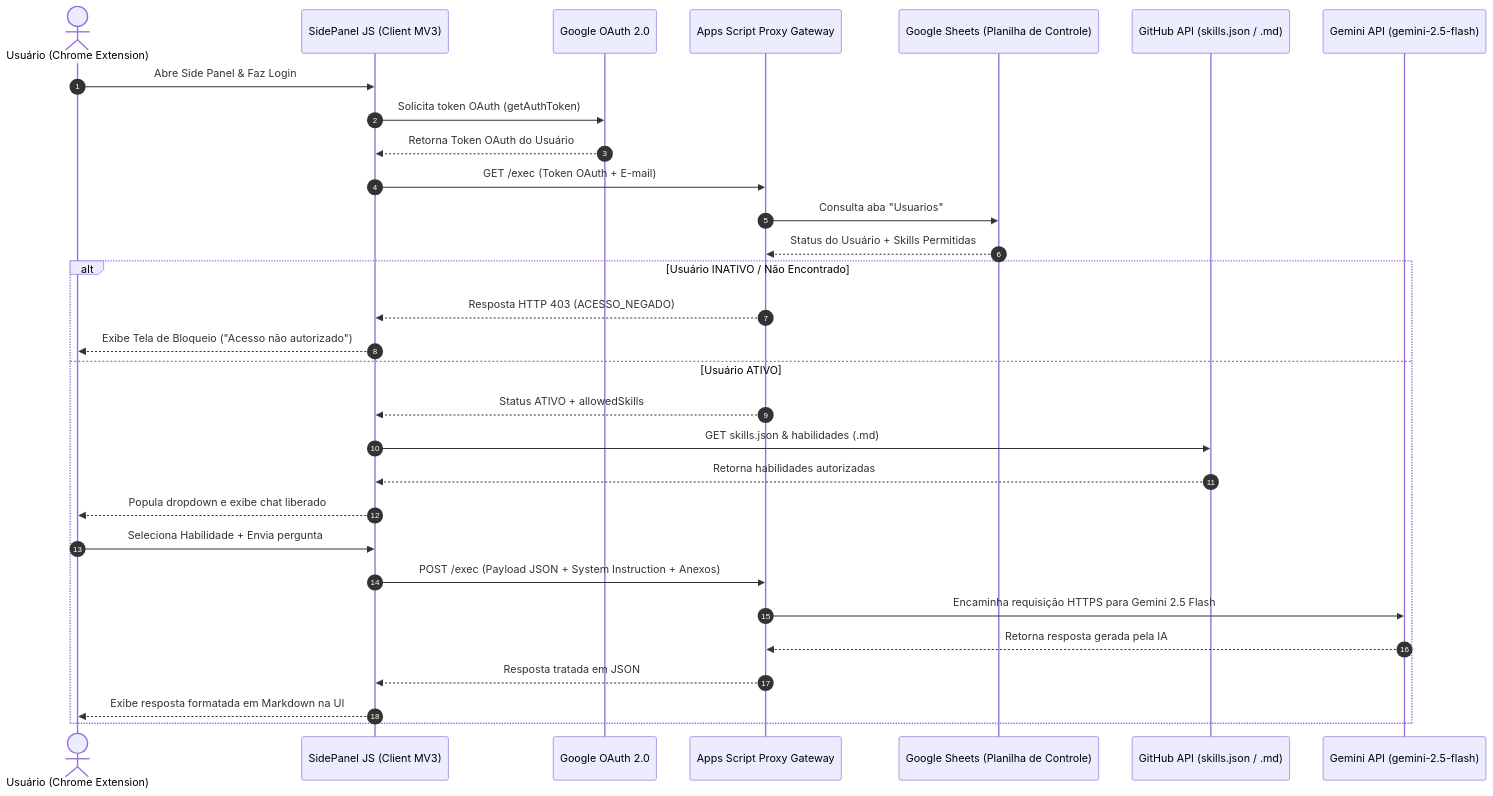
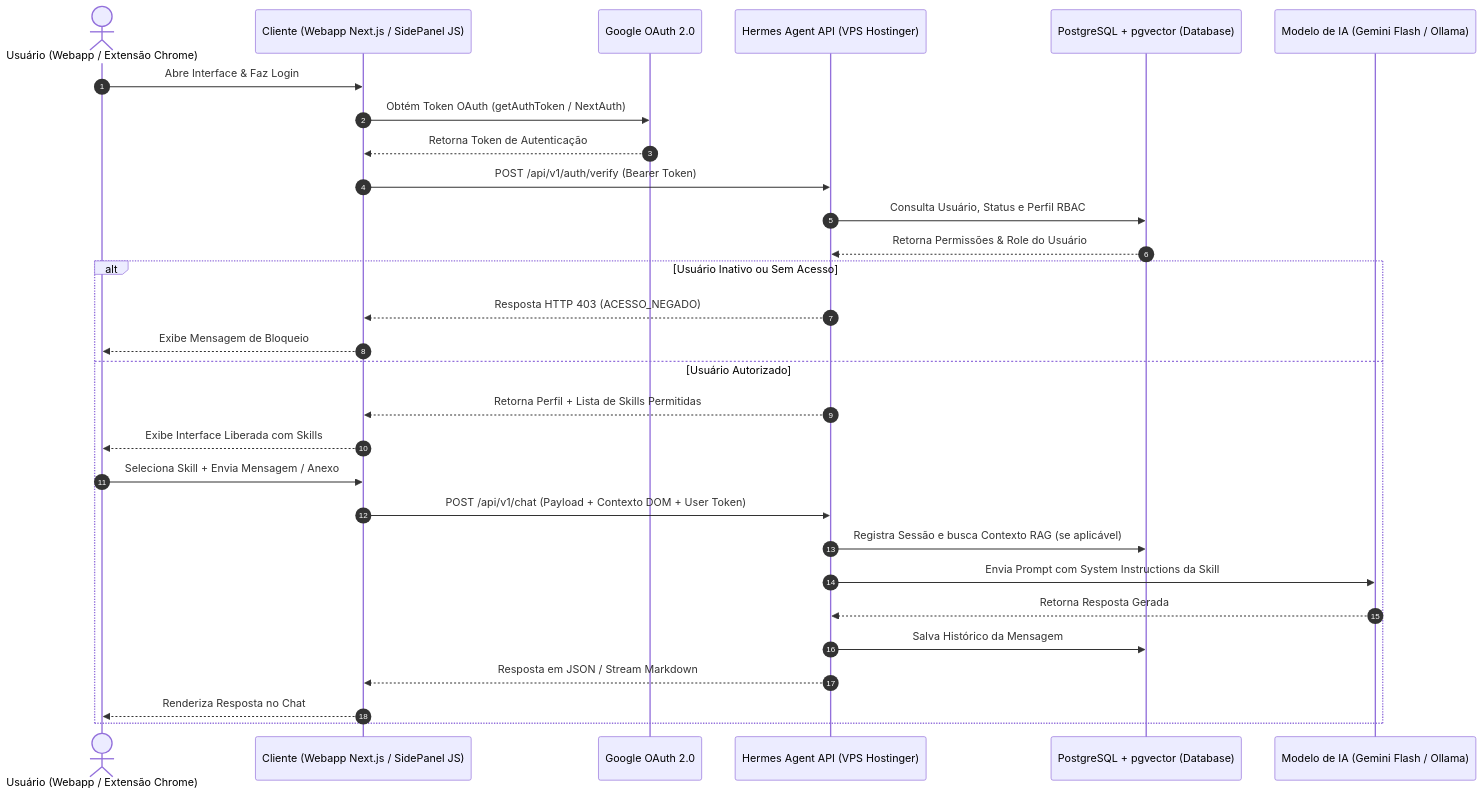
One commit to JaderBrito09/extensao_geral changed the diagram in docs/ARQUITETURA_E_ESPECIFICACAO.md. Above: the diagram before and after it, drawn with Mermaid. The commit also changed other lines of this file and 11 other files, not shown here.

Commit message:
feat(v8): remediação de segurança (OAuth Token no Proxy, anti-Prompt Injection), permissões MV3 e modularização

````diff
--- a/docs/ARQUITETURA_E_ESPECIFICACAO.md
+++ b/docs/ARQUITETURA_E_ESPECIFICACAO.md
@@ -28,33 +63,32 @@
 ```mermaid
 sequenceDiagram
     autonumber
-    actor U as Usuário (Chrome Extension)
-    participant SP as SidePanel JS (Client MV3)
+    actor U as Usuário (Webapp / Extensão Chrome)
+    participant C as Cliente (Webapp Next.js / SidePanel JS)
     participant OA as Google OAuth 2.0
-    participant GAS as Apps Script Proxy Gateway
-    participant GS as Google Sheets (Planilha de Controle)
-    participant GH as GitHub API (skills.json / .md)
-    participant AI as Gemini API (gemini-2.5-flash)
+    participant HA as Hermes Agent API (VPS Hostinger)
+    participant DB as PostgreSQL + pgvector (Database)
+    participant AI as Modelo de IA (Gemini Flash / Ollama)
 
-    U->>SP: Abre Side Panel & Faz Login
-    SP->>OA: Solicita token OAuth (getAuthToken)
-    OA-->>SP: Retorna Token OAuth do Usuário
-    SP->>GAS: GET /exec (Token OAuth + E-mail)
-    GAS->>GS: Consulta aba "Usuarios"
-    GS-->>GAS: Status do Usuário + Skills Permitidas
-    alt Usuário INATIVO / Não Encontrado
-        GAS-->>SP: Resposta HTTP 403 (ACESSO_NEGADO)
-        SP-->>U: Exibe Tela de Bloqueio ("Acesso não autorizado")
-    else Usuário ATIVO
-        GAS-->>SP: Status ATIVO + allowedSkills
-        SP->>GH: GET skills.json & habilidades (.md)
-        GH-->>SP: Retorna habilidades autorizadas
-        SP-->>U: Popula dropdown e exibe chat liberado
-        U->>SP: Seleciona Habilidade + Envia pergunta
-        SP->>GAS: POST /exec (Payload JSON + System Instruction + Anexos)
-        GAS->>AI: Encaminha requisição HTTPS para Gemini 2.5 Flash
-        AI-->>GAS: Retorna resposta gerada pela IA
-        GAS-->>SP: Resposta tratada em JSON
-        SP-->>U: Exibe resposta formatada em Markdown na UI
+    U->>C: Abre Interface & Faz Login
+    C->>OA: Obtém Token OAuth (getAuthToken / NextAuth)
+    OA-->>C: Retorna Token de Autenticação
+    C->>HA: POST /api/v1/auth/verify (Bearer Token)
+    HA->>DB: Consulta Usuário, Status e Perfil RBAC
+    DB-->>HA: Retorna Permissões & Role do Usuário
+    alt Usuário Inativo ou Sem Acesso
+        HA-->>C: Resposta HTTP 403 (ACESSO_NEGADO)
+        C-->>U: Exibe Mensagem de Bloqueio
+    else Usuário Autorizado
+        HA-->>C: Retorna Perfil + Lista de Skills Permitidas
+        C-->>U: Exibe Interface Liberada com Skills
+        U->>C: Seleciona Skill + Envia Mensagem / Anexo
+        C->>HA: POST /api/v1/chat (Payload + Contexto DOM + User Token)
+        HA->>DB: Registra Sessão e busca Contexto RAG (se aplicável)
+        HA->>AI: Envia Prompt com System Instructions da Skill
+        AI-->>HA: Retorna Resposta Gerada
+        HA->>DB: Salva Histórico da Mensagem
+        HA-->>C: Resposta em JSON / Stream Markdown
+        C-->>U: Renderiza Resposta no Chat
     end
 ```
````
